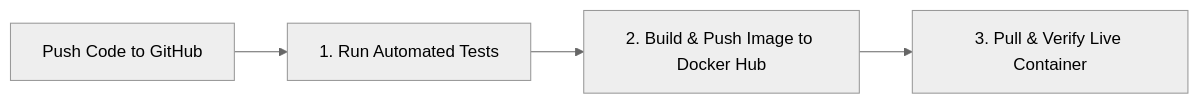
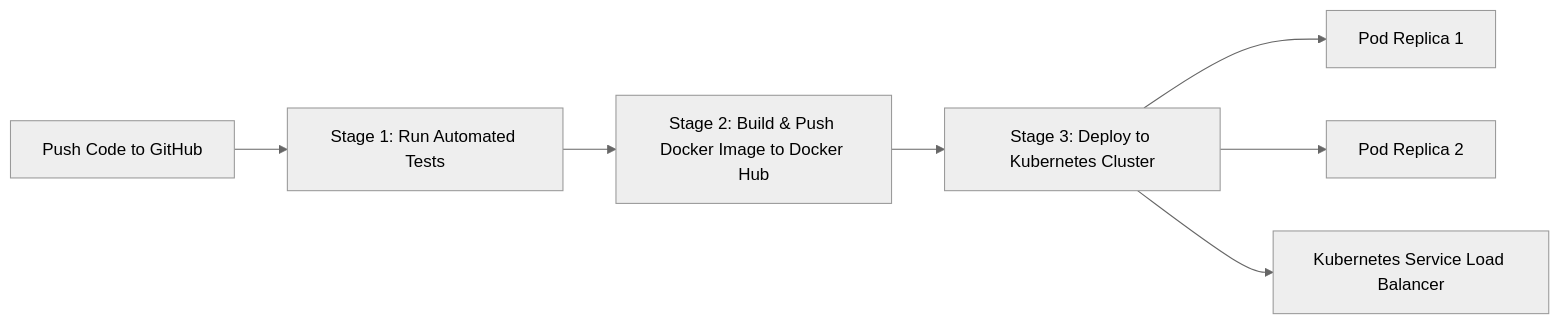
Before and after one commit to HarshS3/devops-cicd: the diagram in README.md, drawn with Mermaid (neutral theme). The commit also changed other lines of this file and 3 other files, not shown here.

````diff
--- a/README.md
+++ b/README.md
@@ -9,6 +21,9 @@
 ```mermaid
 flowchart LR
-    A[Push Code to GitHub] --> B[1. Run Automated Tests]
-    B --> C[2. Build & Push Image to Docker Hub]
-    C --> D[3. Pull & Verify Live Container]
+    A[Push Code to GitHub] --> B[Stage 1: Run Automated Tests]
+    B --> C[Stage 2: Build & Push Docker Image to Docker Hub]
+    C --> D[Stage 3: Deploy to Kubernetes Cluster]
+    D --> E[Pod Replica 1]
+    D --> F[Pod Replica 2]
+    D --> G[Kubernetes Service Load Balancer]
 ```
````
